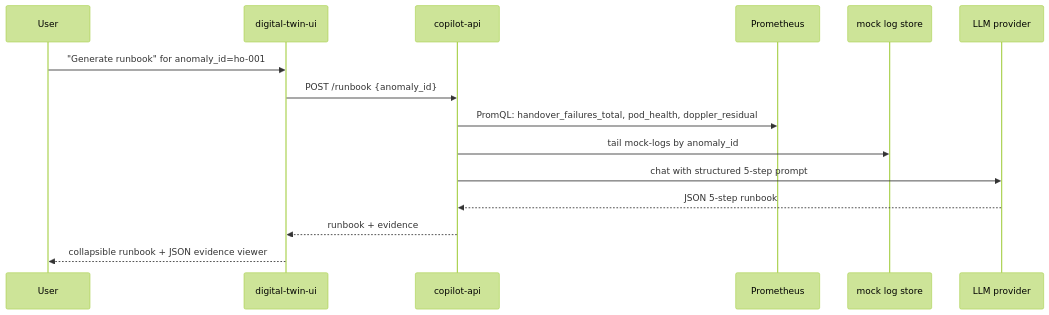
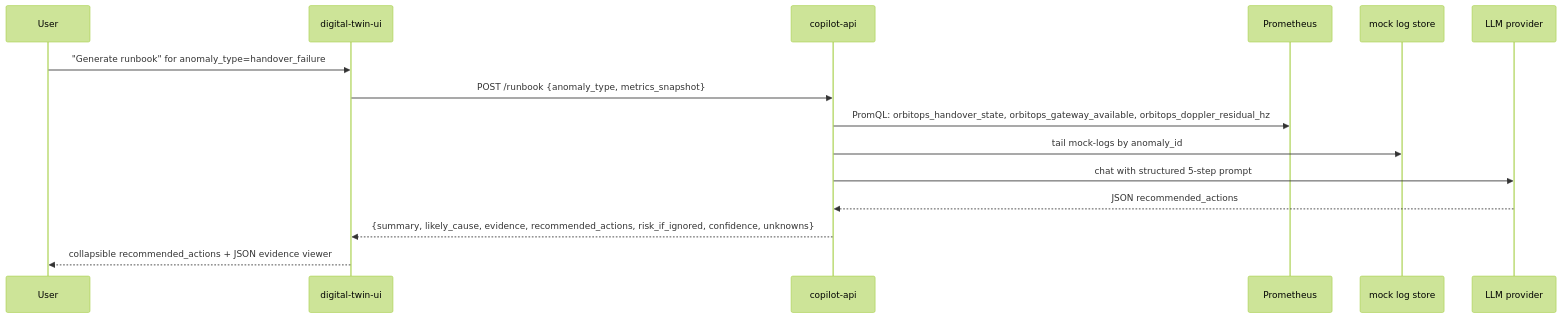
One commit to thc1006/OrbitOps-Copilot changed the third of 3 diagrams in orbitops-copilot/docs/02_architecture.md. Above: the diagram before and after it, drawn with Mermaid (forest theme). The commit also changed other lines of this file and 9 other files, not shown here.

````diff
--- a/orbitops-copilot/docs/02_architecture.md
+++ b/orbitops-copilot/docs/02_architecture.md
@@ -56,18 +56,18 @@
 ```mermaid
 sequenceDiagram
   participant U as User
   participant UI as digital-twin-ui
   participant API as copilot-api
   participant PR as Prometheus
   participant LOGS as mock log store
   participant LLM as LLM provider
 
-  U->>UI: "Generate runbook" for anomaly_id=ho-001
-  UI->>API: POST /runbook {anomaly_id}
-  API->>PR: PromQL: handover_failures_total, pod_health, doppler_residual
+  U->>UI: "Generate runbook" for anomaly_type=handover_failure
+  UI->>API: POST /runbook {anomaly_type, metrics_snapshot}
+  API->>PR: PromQL: orbitops_handover_state, orbitops_gateway_available, orbitops_doppler_residual_hz
   API->>LOGS: tail mock-logs by anomaly_id
   API->>LLM: chat with structured 5-step prompt
-  LLM-->>API: JSON 5-step runbook
-  API-->>UI: runbook + evidence
-  UI-->>U: collapsible runbook + JSON evidence viewer
+  LLM-->>API: JSON recommended_actions
+  API-->>UI: {summary, likely_cause, evidence, recommended_actions, risk_if_ignored, confidence, unknowns}
+  UI-->>U: collapsible recommended_actions + JSON evidence viewer
 ```
````
